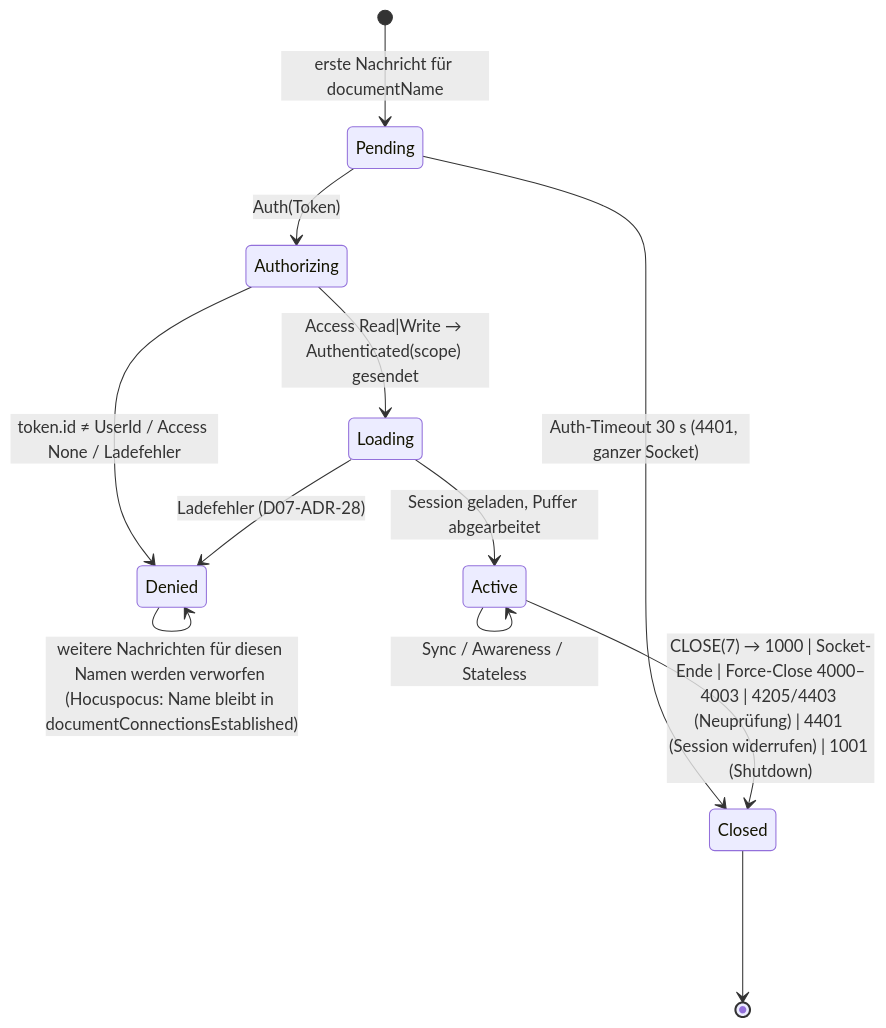
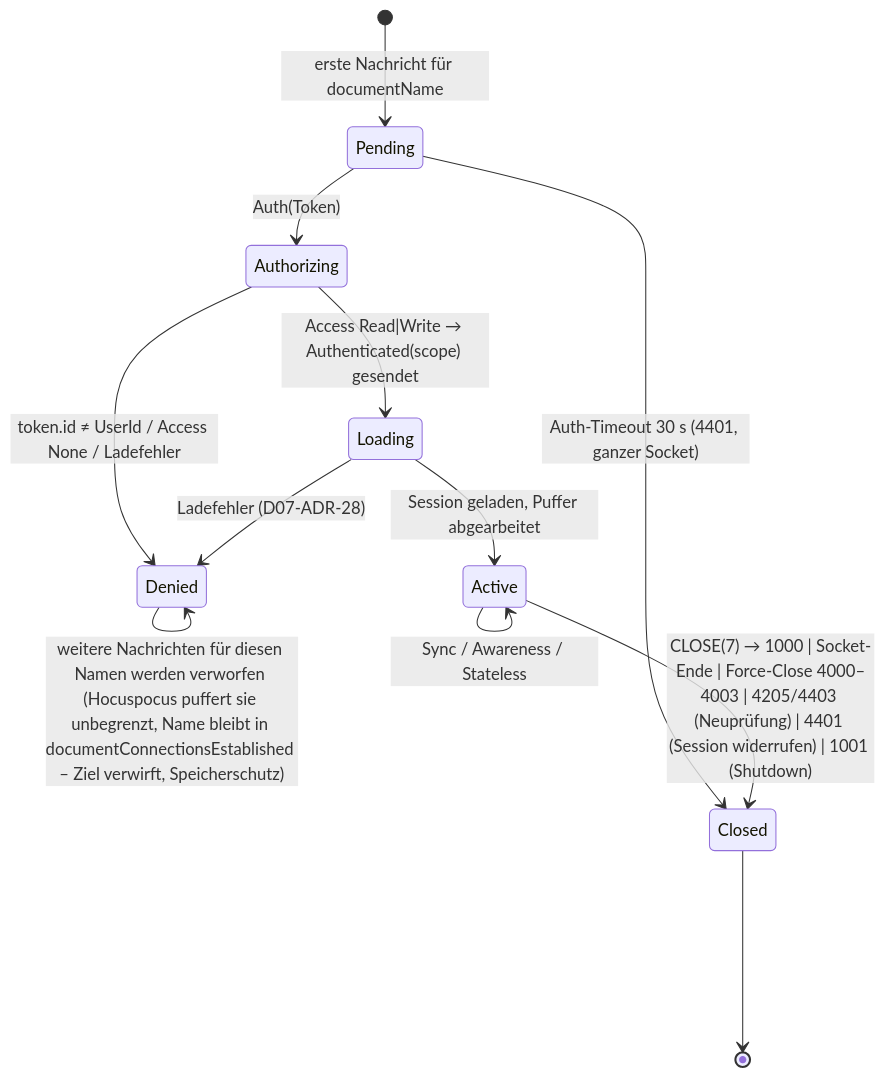
One commit to mlwr/plane changed the third of 4 diagrams in migration/architecture/07-realtime-kollaboration-dokumente.md. Above: the diagram before and after it, drawn with Mermaid. The commit also changed other lines of this file and 14 other files, not shown here.

````diff
--- a/migration/architecture/07-realtime-kollaboration-dokumente.md
+++ b/migration/architecture/07-realtime-kollaboration-dokumente.md
@@ -425,14 +435,14 @@
 ```mermaid
 stateDiagram-v2
   [*] --> Pending: erste Nachricht für documentName
   Pending --> Authorizing: Auth(Token)
   Pending --> Closed: Auth-Timeout 30 s (4401, ganzer Socket)
   Authorizing --> Denied: token.id ≠ UserId / Access None / Ladefehler
-  Denied --> Denied: weitere Nachrichten für diesen Namen werden verworfen (Hocuspocus: Name bleibt in documentConnectionsEstablished)
+  Denied --> Denied: weitere Nachrichten für diesen Namen werden verworfen (Hocuspocus puffert sie unbegrenzt, Name bleibt in documentConnectionsEstablished – Ziel verwirft, Speicherschutz)
   Authorizing --> Loading: Access Read|Write → Authenticated(scope) gesendet
   Loading --> Active: Session geladen, Puffer abgearbeitet
   Loading --> Denied: Ladefehler (D07-ADR-28)
   Active --> Active: Sync / Awareness / Stateless
   Active --> Closed: CLOSE(7) → 1000 | Socket-Ende | Force-Close 4000–4003 | 4205/4403 (Neuprüfung) | 4401 (Session widerrufen) | 1001 (Shutdown)
   Closed --> [*]
 ```
````
